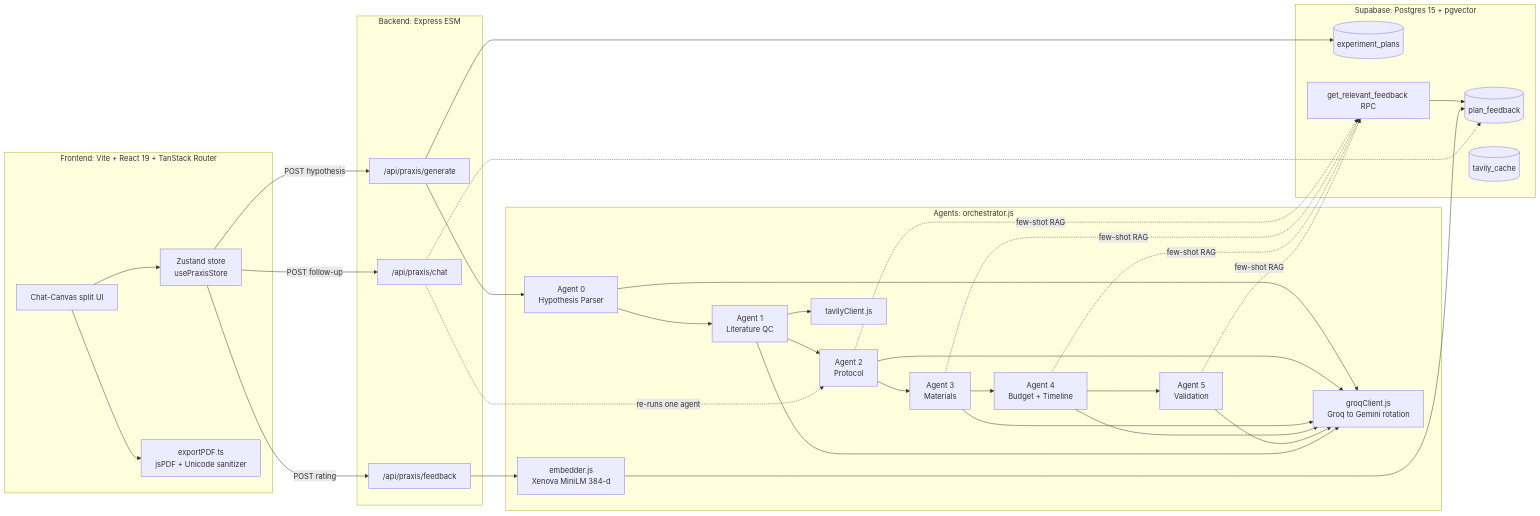
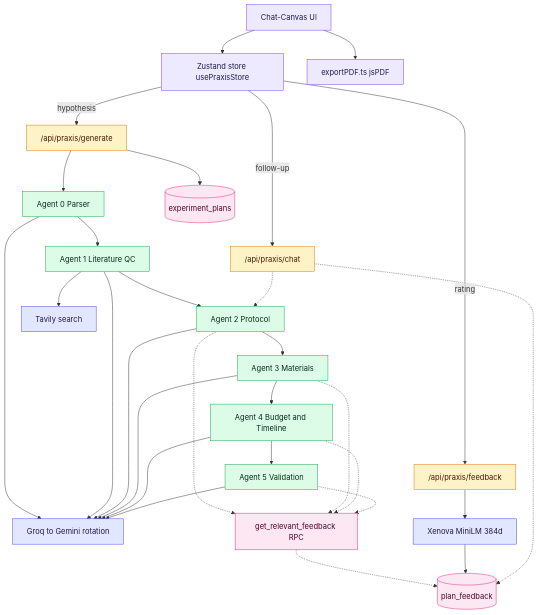
One commit to Esh90/Praxis changed the diagram in README.md. Above: the diagram before and after it, drawn with Mermaid.

````diff
--- a/README.md
+++ b/README.md
@@ -97,65 +97,72 @@
 ```mermaid
-flowchart LR
-  subgraph Frontend["Frontend: Vite + React 19 + TanStack Router"]
-    UI[Chat-Canvas split UI]
-    STORE[Zustand store<br/>usePraxisStore]
-    PDF[exportPDF.ts<br/>jsPDF + Unicode sanitizer]
-    UI --> STORE
-    UI --> PDF
-  end
+flowchart TB
+    UI[Chat-Canvas UI]
+    STORE[Zustand store usePraxisStore]
+    PDF[exportPDF.ts jsPDF]
 
-  subgraph Backend["Backend: Express ESM"]
     GEN["/api/praxis/generate"]
     CHAT["/api/praxis/chat"]
     FB["/api/praxis/feedback"]
-  end
 
-  subgraph Agents["Agents: orchestrator.js"]
-    A0[Agent 0<br/>Hypothesis Parser]
-    A1[Agent 1<br/>Literature QC]
-    A2[Agent 2<br/>Protocol]
-    A3[Agent 3<br/>Materials]
-    A4[Agent 4<br/>Budget + Timeline]
-    A5[Agent 5<br/>Validation]
-    LLM[groqClient.js<br/>Groq to Gemini rotation]
-    TAV[tavilyClient.js]
-    EMB[embedder.js<br/>Xenova MiniLM 384-d]
+    A0[Agent 0 Parser]
+    A1[Agent 1 Literature QC]
+    A2[Agent 2 Protocol]
+    A3[Agent 3 Materials]
+    A4[Agent 4 Budget and Timeline]
+    A5[Agent 5 Validation]
+
+    LLM[Groq to Gemini rotation]
+    TAV[Tavily search]
+    EMB[Xenova MiniLM 384d]
+
+    PLANS[(experiment_plans)]
+    FEED[(plan_feedback)]
+    RPC[get_relevant_feedback RPC]
+
+    UI --> STORE
+    UI --> PDF
+
+    STORE -->|hypothesis| GEN
+    STORE -->|follow-up| CHAT
+    STORE -->|rating| FB
+
+    GEN --> A0
+    A0 --> A1
+    A1 --> A2
+    A2 --> A3
+    A3 --> A4
+    A4 --> A5
+    GEN --> PLANS
+
     A0 --> LLM
+    A1 --> TAV
+    A1 --> LLM
     A2 --> LLM
     A3 --> LLM
     A4 --> LLM
     A5 --> LLM
-    A1 --> TAV
-    A1 --> LLM
-  end
 
-  subgraph DB["Supabase: Postgres 15 + pgvector"]
-    PLANS[(experiment_plans)]
-    FEED[(plan_feedback)]
-    CACHE[(tavily_cache)]
-    RPC[get_relevant_feedback RPC]
-  end
+    A2 -.-> RPC
+    A3 -.-> RPC
+    A4 -.-> RPC
+    A5 -.-> RPC
+    RPC -.-> FEED
 
-  STORE -- POST hypothesis --> GEN
-  STORE -- POST follow-up --> CHAT
-  STORE -- POST rating --> FB
+    FB --> EMB
+    EMB --> FEED
 
-  GEN --> A0
-  A0 --> A1
-  A1 --> A2
-  A2 --> A3
-  A3 --> A4
-  A4 --> A5
-  GEN --> PLANS
+    CHAT -.-> A2
+    CHAT -.-> FEED
 
-  A2 -. few-shot RAG .-> RPC
-  A3 -. few-shot RAG .-> RPC
-  A4 -. few-shot RAG .-> RPC
-  A5 -. few-shot RAG .-> RPC
-  RPC --> FEED
-  FB --> EMB
-  EMB --> FEED
+    classDef frontend fill:#ede9fe,stroke:#7c3aed,color:#1e1b4b
+    classDef backend  fill:#fef3c7,stroke:#d97706,color:#451a03
+    classDef agent    fill:#dcfce7,stroke:#16a34a,color:#052e16
+    classDef infra    fill:#e0e7ff,stroke:#4f46e5,color:#1e1b4b
+    classDef db       fill:#fce7f3,stroke:#db2777,color:#500724
 
-  CHAT -. re-runs one agent .-> A2
-  CHAT -.-> FEED
+    class UI,STORE,PDF frontend
+    class GEN,CHAT,FB backend
+    class A0,A1,A2,A3,A4,A5 agent
+    class LLM,TAV,EMB infra
+    class PLANS,FEED,RPC db
 ```
````
